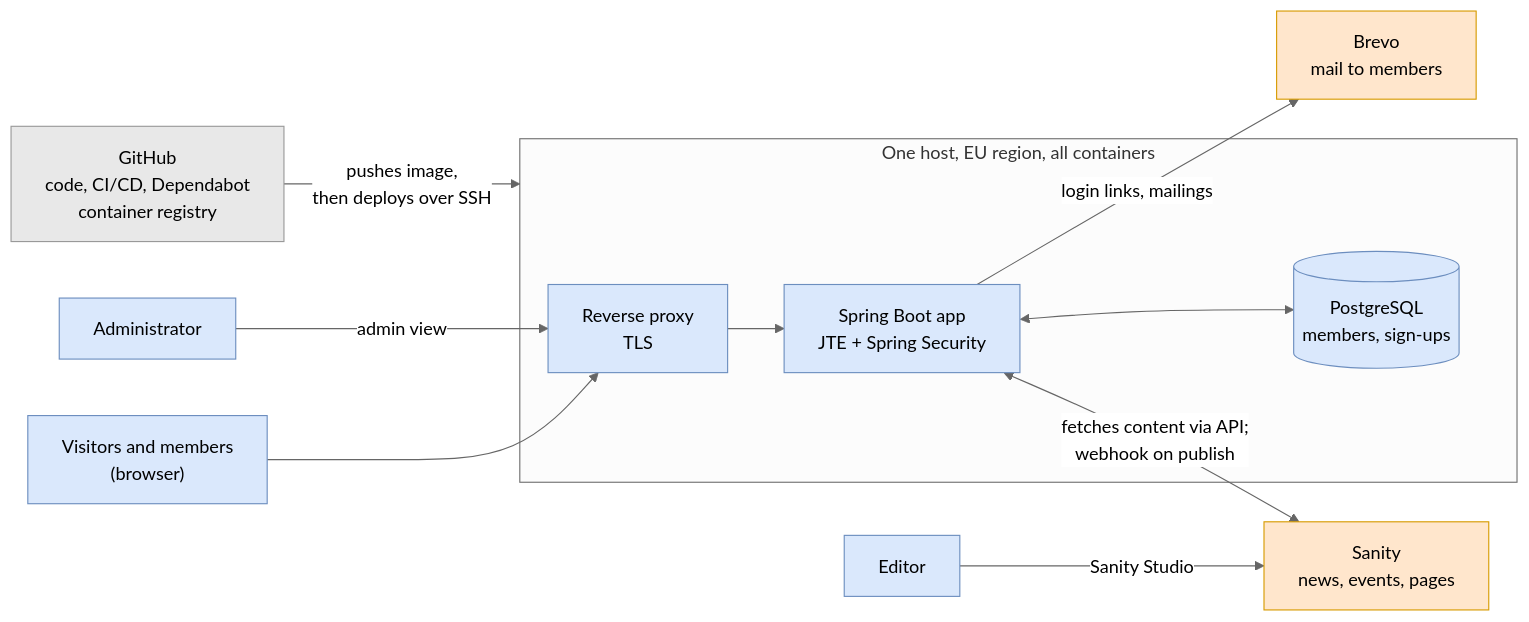
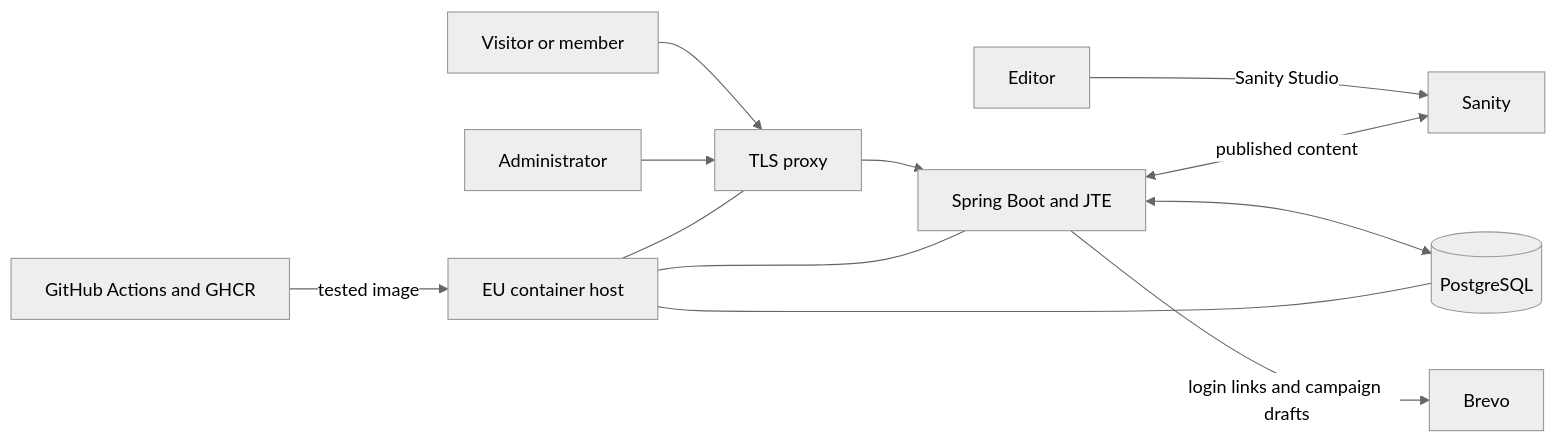
The diagram in docs/projektplan.md (AlexanderReaper7/teaterihuskvarna), drawn with Mermaid (neutral theme) before and after one commit. The commit also changed other lines of this file and 6 other files, not shown here.

````diff
--- a/docs/projektplan.md
+++ b/docs/projektplan.md
@@ -62,31 +51,14 @@
 ```mermaid
 flowchart LR
-    editor[Editor]
-    visitor["Visitors and members<br/>(browser)"]
-    admin[Administrator]
-    github["GitHub<br/>code, CI/CD, Dependabot<br/>container registry"]
-    sanity["Sanity<br/>news, events, pages"]
-    brevo["Brevo<br/>mail to members"]
-
-    subgraph host["One host, EU region, all containers"]
-        proxy["Reverse proxy<br/>TLS"]
-        app["Spring Boot app<br/>JTE + Spring Security"]
-        db[("PostgreSQL<br/>members, sign-ups")]
-    end
-
-    editor -- "Sanity Studio" --> sanity
-    visitor --> proxy
-    admin -- "admin view" --> proxy
-    proxy --> app
-    github -- "pushes image,<br/>then deploys over SSH" --> host
-    app <-- "fetches content via API;<br/>webhook on publish" --> sanity
-    app <--> db
-    app -- "login links, mailings" --> brevo
-
-    classDef internal fill:#dae8fc,stroke:#6c8ebf
-    classDef external fill:#ffe6cc,stroke:#d79b00
-    classDef tooling fill:#e8e8e8,stroke:#999999
-    class editor,visitor,admin,proxy,app,db internal
-    class sanity,brevo external
-    class github tooling
+    editor[Editor] -->|Sanity Studio| sanity[Sanity]
+    visitor[Visitor or member] --> proxy[TLS proxy]
+    admin[Administrator] --> proxy
+    proxy --> app[Spring Boot and JTE]
+    app <--> db[(PostgreSQL)]
+    app -->|login links and campaign drafts| brevo[Brevo]
+    app <-->|published content| sanity
+    github[GitHub Actions and GHCR] -->|tested image| host[EU container host]
+    host --- proxy
+    host --- app
+    host --- db
 ```
````
